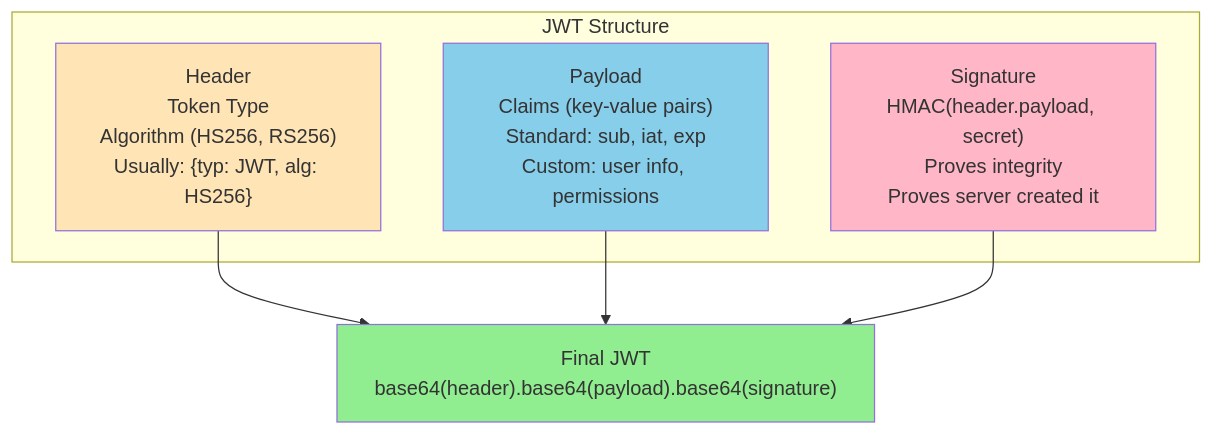
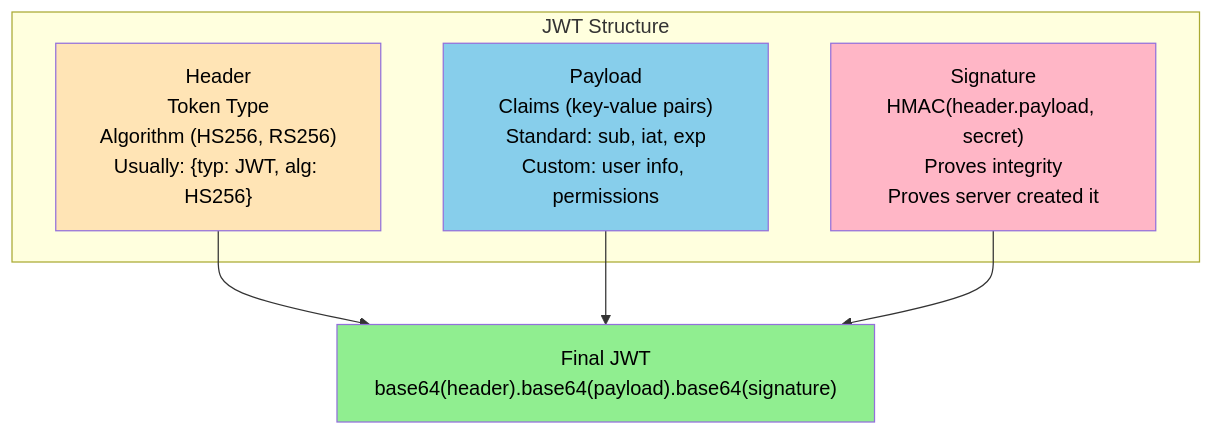
Before and after one commit to ahmed-226/Backend-from-first-principles: the tenth of 15 diagrams in 15.Backend Security/README.md, drawn with Mermaid. The commit also changed other lines of this file and 1 other file, not shown here.

````diff
--- a/15.Backend Security/README.md
+++ b/15.Backend Security/README.md
@@ -754,19 +754,19 @@
 ```mermaid
 graph TB
     subgraph "JWT Structure"
         A["Header<br/>Token Type<br/>Algorithm (HS256, RS256)<br/>Usually: {typ: JWT, alg: HS256}"]
         B["Payload<br/>Claims (key-value pairs)<br/>Standard: sub, iat, exp<br/>Custom: user info, permissions"]
         C["Signature<br/>HMAC(header.payload, secret)<br/>Proves integrity<br/>Proves server created it"]
     end
     
     D["Final JWT<br/>base64(header).base64(payload).base64(signature)"]
     
     A --> D
     B --> D
     C --> D
     
-    style A fill:#FFE4B5
-    style B fill:#87CEEB
-    style C fill:#FFB6C6
-    style D fill:#90EE90
+    style A fill:#FFE4B5,color:#000
+    style B fill:#87CEEB,color:#000
+    style C fill:#FFB6C6,color:#000
+    style D fill:#90EE90,color:#000
 ```
````
